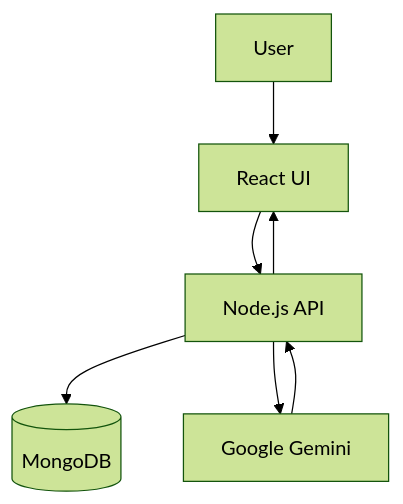
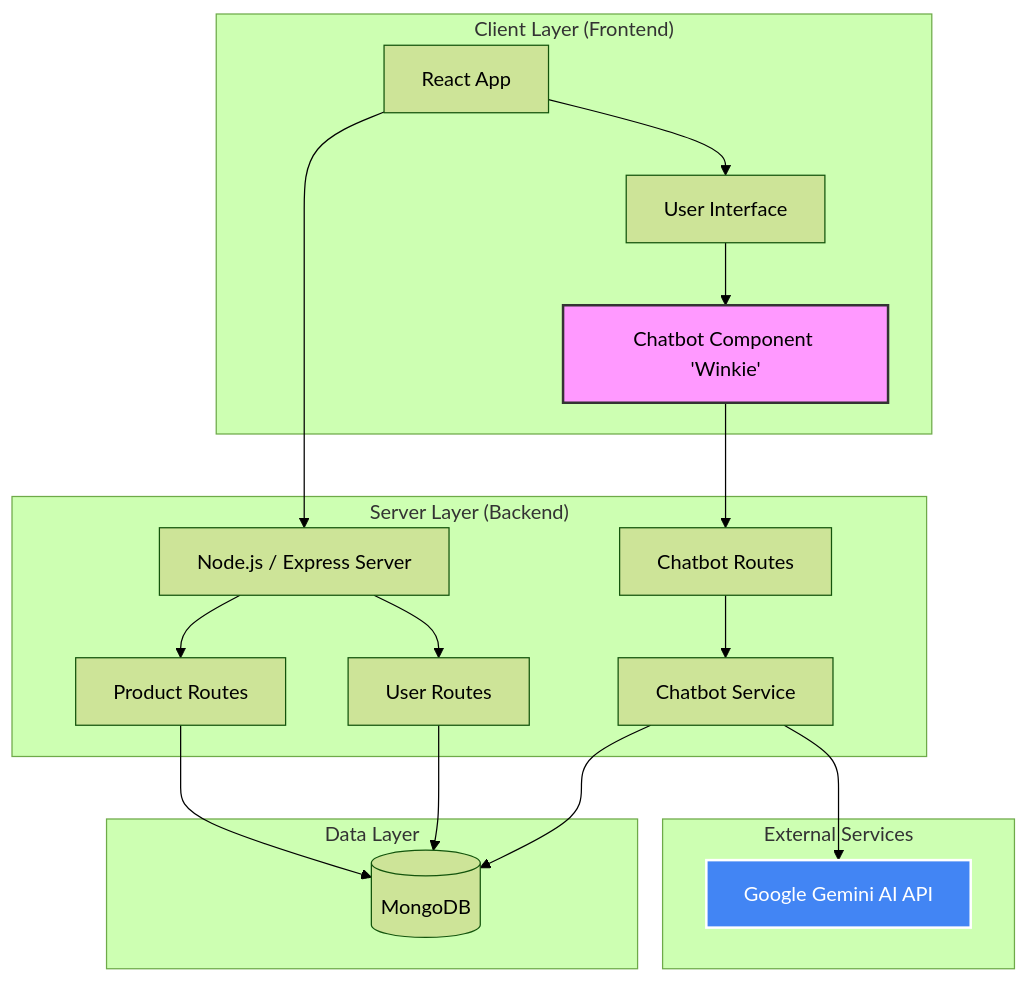
Before and after one commit to PriyanshuSingh10114/winkwear: the diagram in README.md, drawn with Mermaid (forest theme). The commit also changed other lines of this file, not shown here.

````diff
--- a/README.md
+++ b/README.md
@@ -56,9 +64,28 @@
 ```mermaid
 graph TD
-    User-->Frontend[React UI]
-    Frontend-->Backend[Node.js API]
-    Backend-->DB[(MongoDB)]
-    Backend-->AI[Google Gemini]
-    AI-->Backend
-    Backend-->Frontend
+    subgraph "Client Layer (Frontend)"
+        A[React App] --> B[User Interface]
+        B --> C[Chatbot Component 'Winkie']
+    end
+
+    subgraph "Server Layer (Backend)"
+        A --> D[Node.js / Express Server]
+        C --> E[Chatbot Routes]
+        D --> F[Product Routes]
+        D --> G[User Routes]
+        E --> H[Chatbot Service]
+    end
+
+    subgraph "External Services"
+        H --> I[Google Gemini AI API]
+    end
+
+    subgraph "Data Layer"
+        F --> J[(MongoDB)]
+        G --> J
+        H --> J
+    end
+
+    style C fill:#f9f,stroke:#333,stroke-width:2px
+    style I fill:#4285F4,stroke:#fff,stroke-width:2px,color:#fff
 ```
````
